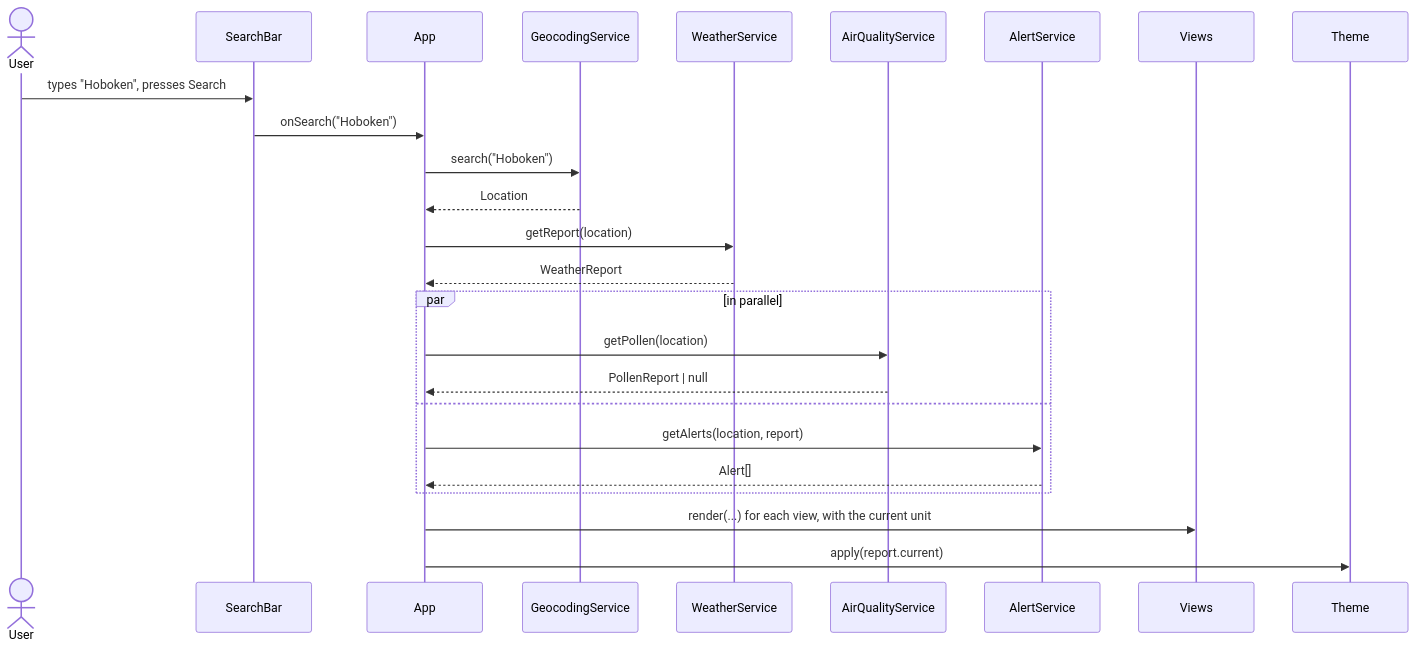
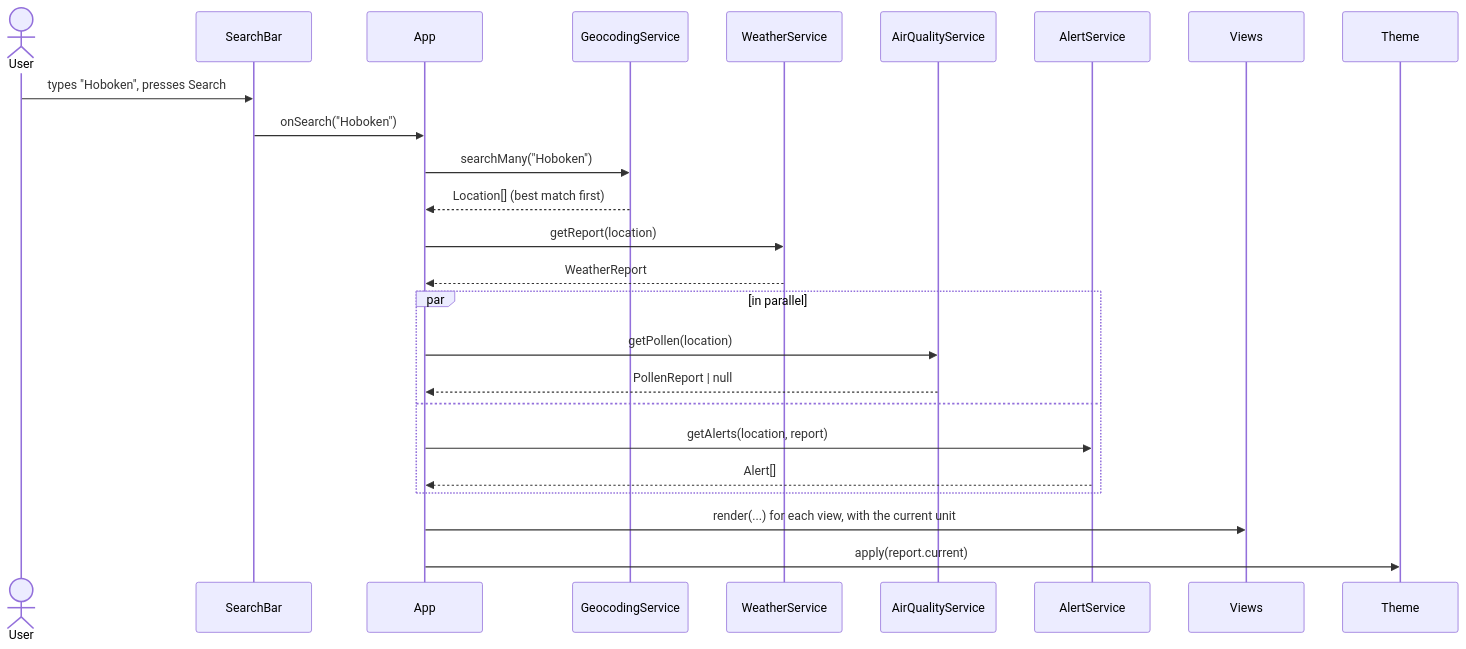
The third of 3 diagrams in docs/ARCHITECTURE.md (Billyye4/SSW-555_WeatherWebApp), drawn with Mermaid before and after one commit. The commit also changed other lines of this file and 10 other files, not shown here.

````diff
--- a/docs/ARCHITECTURE.md
+++ b/docs/ARCHITECTURE.md
@@ -559,28 +566,28 @@
 ```mermaid
 sequenceDiagram
   actor User
   participant SB as SearchBar
   participant App
   participant Geo as GeocodingService
   participant WS as WeatherService
   participant AQ as AirQualityService
   participant AS as AlertService
   participant Views
   participant Theme
 
   User->>SB: types "Hoboken", presses Search
   SB->>App: onSearch("Hoboken")
-  App->>Geo: search("Hoboken")
-  Geo-->>App: Location
+  App->>Geo: searchMany("Hoboken")
+  Geo-->>App: Location[] (best match first)
   App->>WS: getReport(location)
   WS-->>App: WeatherReport
   par in parallel
     App->>AQ: getPollen(location)
     AQ-->>App: PollenReport | null
   and
     App->>AS: getAlerts(location, report)
     AS-->>App: Alert[]
   end
   App->>Views: render(...) for each view, with the current unit
   App->>Theme: apply(report.current)
 ```
````
